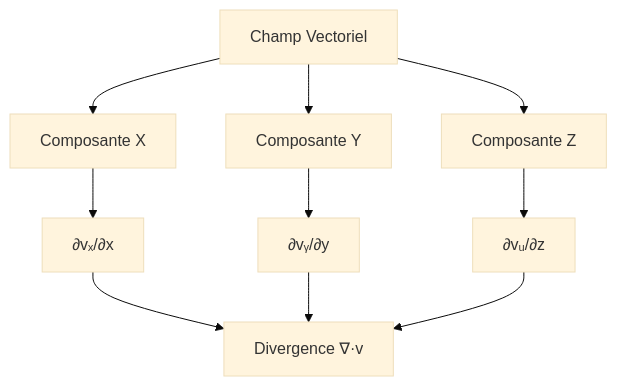
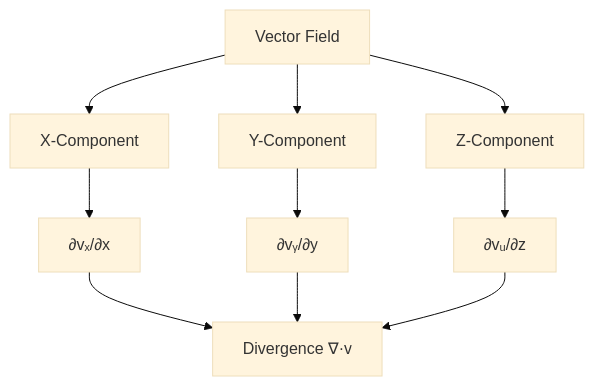
Before and after one commit to sbstndb/samurai: diagram 12 of 19 in docs/numerical_schemes.md, drawn with Mermaid (base theme). The commit also changed other lines of this file and 8 other files, not shown here.

````diff
--- a/docs/numerical_schemes.md
+++ b/docs/numerical_schemes.md
@@ -347,14 +347,14 @@
 ```mermaid
 graph TD
-    A[Champ Vectoriel] --> B[Composante X]
-    A --> C[Composante Y]
-    A --> D[Composante Z]
+    A[Vector Field] --> B[X-Component]
+    A --> C[Y-Component]
+    A --> D[Z-Component]
     
     B --> E[∂vₓ/∂x]
     C --> F[∂vᵧ/∂y]
     D --> G[∂vᵤ/∂z]
     
     E --> H[Divergence ∇·v]
     F --> H
     G --> H
 ```
````
